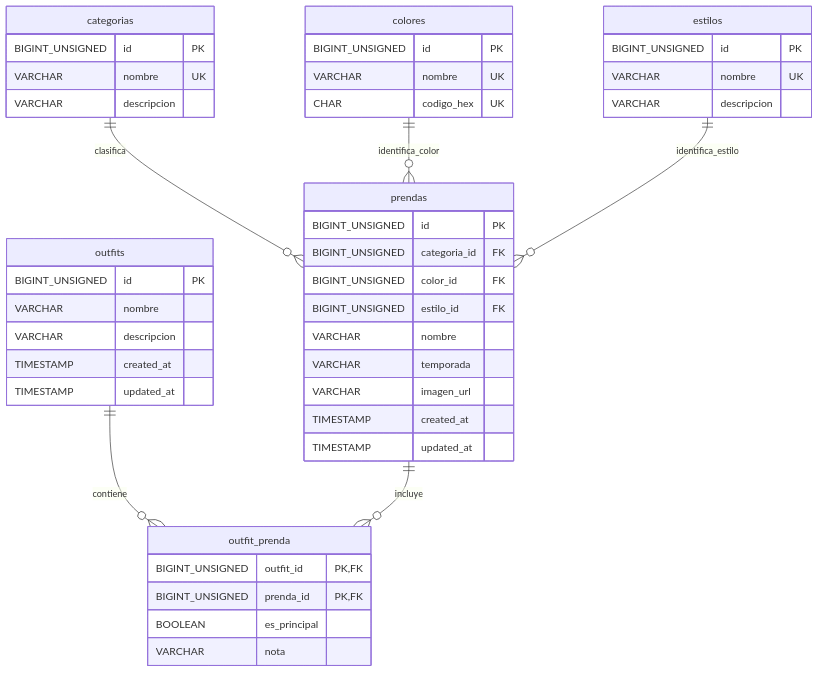
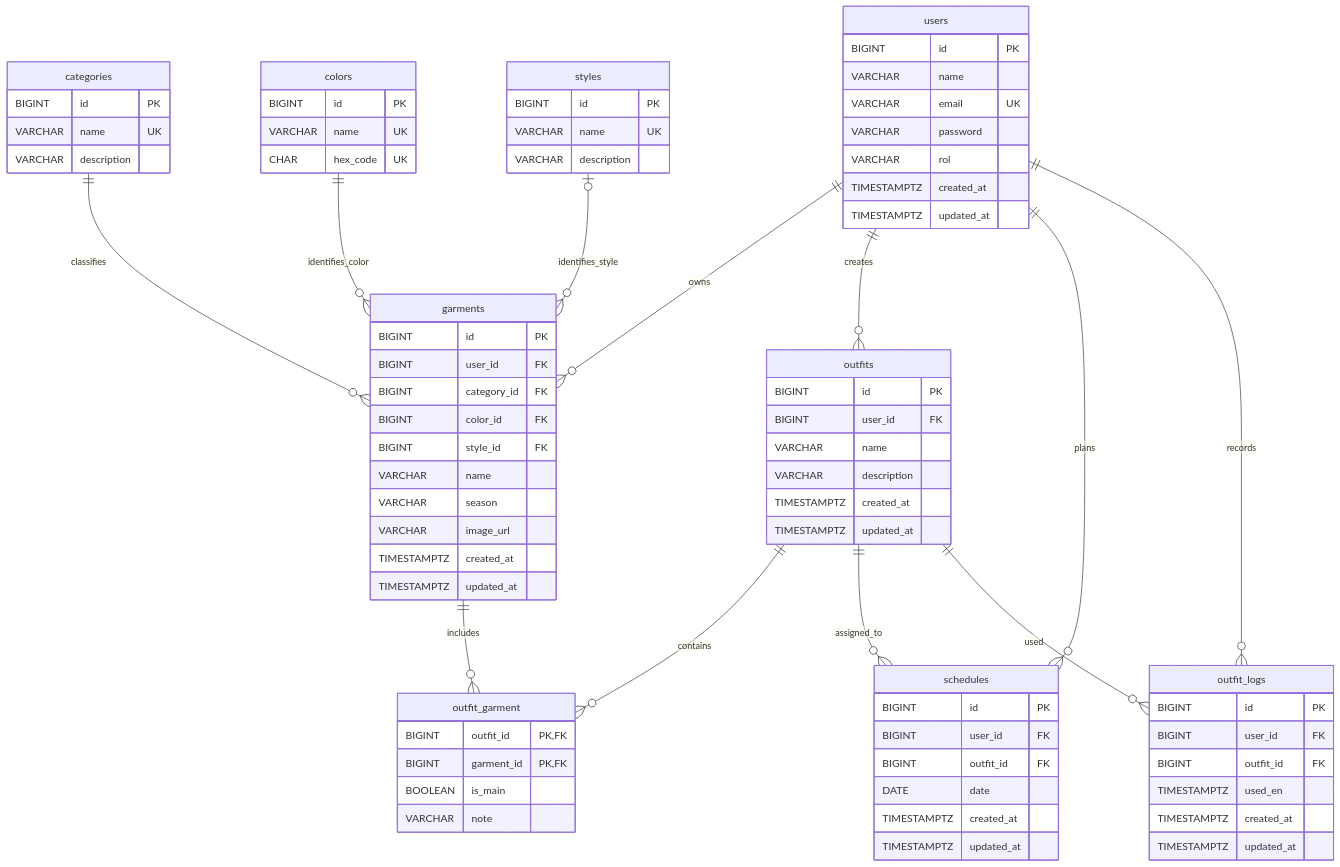
Before and after one commit to SaraArniella27143/daw-proyecto-smartstylist: the diagram in docs/der.md, drawn with Mermaid. The commit also changed other lines of this file, not shown here.

````diff
--- a/docs/der.md
+++ b/docs/der.md
@@ -101,53 +190,89 @@
 ```mermaid
 erDiagram
-    categorias ||--o{ prendas : clasifica
-    colores ||--o{ prendas : identifica_color
-    estilos ||--o{ prendas : identifica_estilo
-    outfits ||--o{ outfit_prenda : contiene
-    prendas ||--o{ outfit_prenda : incluye
+    users ||--o{ garments : owns
+    users ||--o{ outfits : creates
+    categories ||--o{ garments : classifies
+    colors ||--o{ garments : identifies_color
+    styles o|--o{ garments : identifies_style
+    outfits ||--o{ outfit_garment : contains
+    garments ||--o{ outfit_garment : includes
+    users ||--o{ schedules : plans
+    outfits ||--o{ schedules : assigned_to
+    users ||--o{ outfit_logs : records
+    outfits ||--o{ outfit_logs : used
 
-    categorias {
-        BIGINT_UNSIGNED id PK
-        VARCHAR nombre UK
-        VARCHAR descripcion
+    users {
+        BIGINT id PK
+        VARCHAR name
+        VARCHAR email UK
+        VARCHAR password
+        VARCHAR rol
+        TIMESTAMPTZ created_at
+        TIMESTAMPTZ updated_at
     }
 
-    colores {
-        BIGINT_UNSIGNED id PK
-        VARCHAR nombre UK
-        CHAR codigo_hex UK
+    categories {
+        BIGINT id PK
+        VARCHAR name UK
+        VARCHAR description
     }
 
-    estilos {
-        BIGINT_UNSIGNED id PK
-        VARCHAR nombre UK
-        VARCHAR descripcion
+    colors {
+        BIGINT id PK
+        VARCHAR name UK
+        CHAR hex_code UK
     }
 
-    prendas {
-        BIGINT_UNSIGNED id PK
-        BIGINT_UNSIGNED categoria_id FK
-        BIGINT_UNSIGNED color_id FK
-        BIGINT_UNSIGNED estilo_id FK
-        VARCHAR nombre
-        VARCHAR temporada
-        VARCHAR imagen_url
-        TIMESTAMP created_at
-        TIMESTAMP updated_at
+    styles {
+        BIGINT id PK
+        VARCHAR name UK
+        VARCHAR description
+    }
+
+    garments {
+        BIGINT id PK
+        BIGINT user_id FK
+        BIGINT category_id FK
+        BIGINT color_id FK
+        BIGINT style_id FK
+        VARCHAR name
+        VARCHAR season
+        VARCHAR image_url
+        TIMESTAMPTZ created_at
+        TIMESTAMPTZ updated_at
     }
 
     outfits {
-        BIGINT_UNSIGNED id PK
-        VARCHAR nombre
-        VARCHAR descripcion
-        TIMESTAMP created_at
-        TIMESTAMP updated_at
+        BIGINT id PK
+        BIGINT user_id FK
+        VARCHAR name
+        VARCHAR description
+        TIMESTAMPTZ created_at
+        TIMESTAMPTZ updated_at
     }
 
-    outfit_prenda {
-        BIGINT_UNSIGNED outfit_id PK, FK
-        BIGINT_UNSIGNED prenda_id PK, FK
-        BOOLEAN es_principal
-        VARCHAR nota
+    outfit_garment {
+        BIGINT outfit_id PK, FK
+        BIGINT garment_id PK, FK
+        BOOLEAN is_main
+        VARCHAR note
+    }
+
+    schedules {
+        BIGINT id PK
+        BIGINT user_id FK
+        BIGINT outfit_id FK
+        DATE date
+        TIMESTAMPTZ created_at
+        TIMESTAMPTZ updated_at
+    }
+
+    outfit_logs {
+        BIGINT id PK
+        BIGINT user_id FK
+        BIGINT outfit_id FK
+        TIMESTAMPTZ used_en
+        TIMESTAMPTZ created_at
+        TIMESTAMPTZ updated_at
     }
 ```
````
